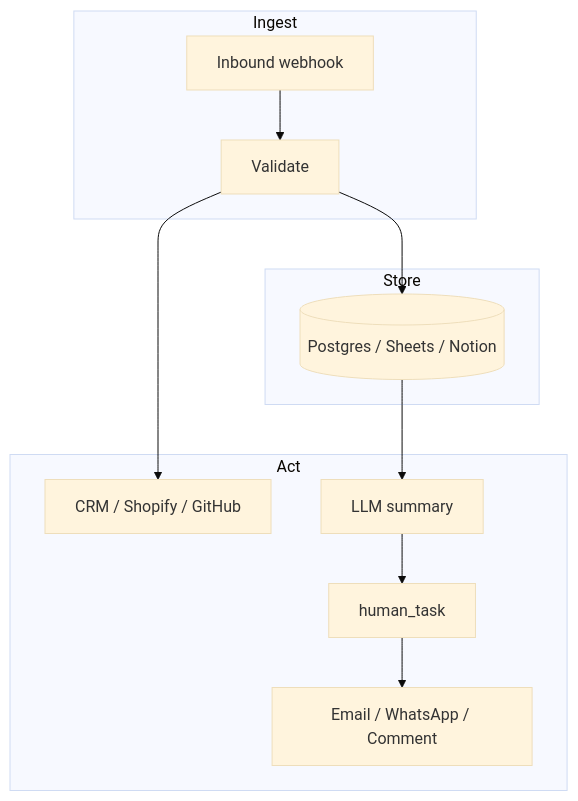
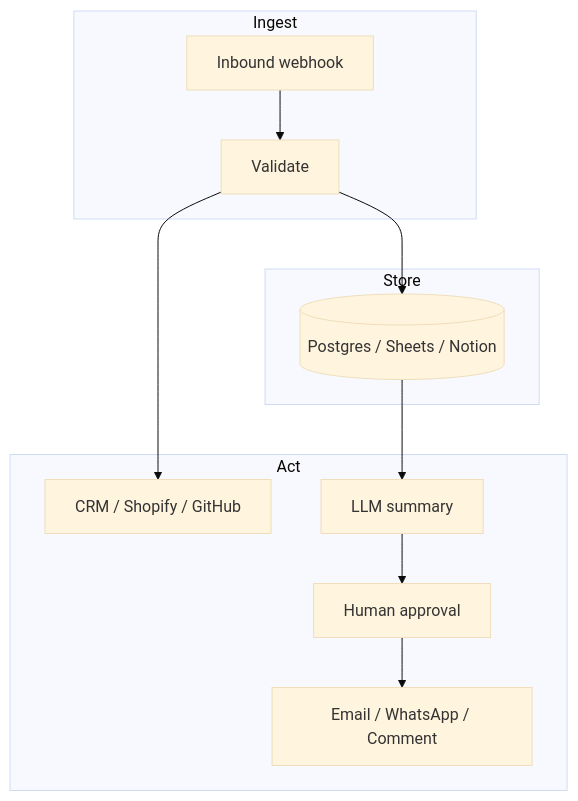
One commit to agentruntime-io/agentruntime-docs changed the diagram in integrations/connector-catalog.mdx. Above: the diagram before and after it, drawn with Mermaid (base theme). The commit also changed other lines of this file and 180 other files, not shown here.

````diff
--- a/integrations/connector-catalog.mdx
+++ b/integrations/connector-catalog.mdx
@@ -26,16 +38,16 @@
 ```mermaid
 flowchart TB
   subgraph ingest [Ingest]
     WH[Inbound webhook]
     WH --> V[Validate]
   end
   subgraph store [Store]
     V --> DB[(Postgres / Sheets / Notion)]
   end
   subgraph act [Act]
     V --> CRM[CRM / Shopify / GitHub]
     DB --> LLM[LLM summary]
-    LLM --> H[human_task]
+    LLM --> H[Human approval]
     H --> OUT[Email / WhatsApp / Comment]
   end
 ```
````
